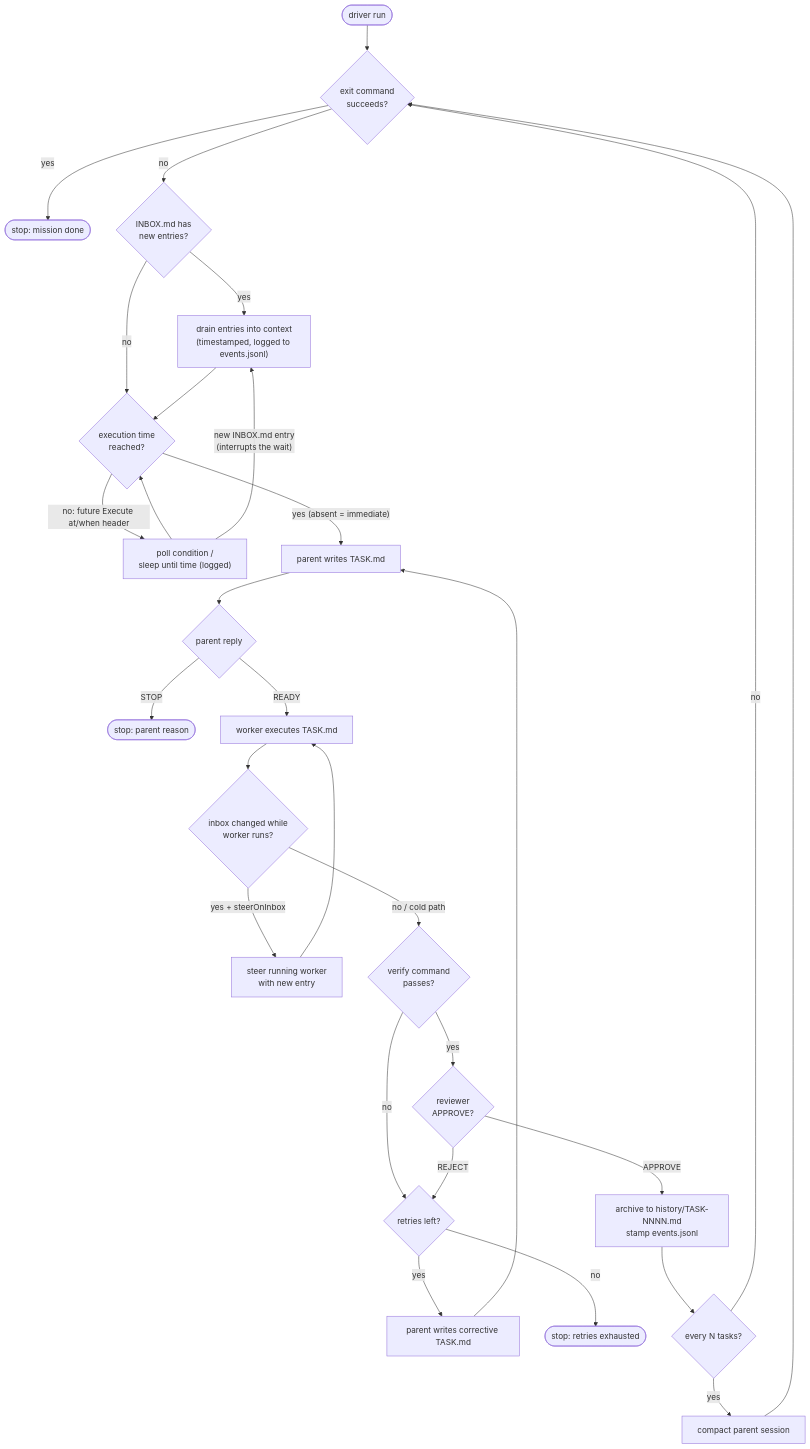
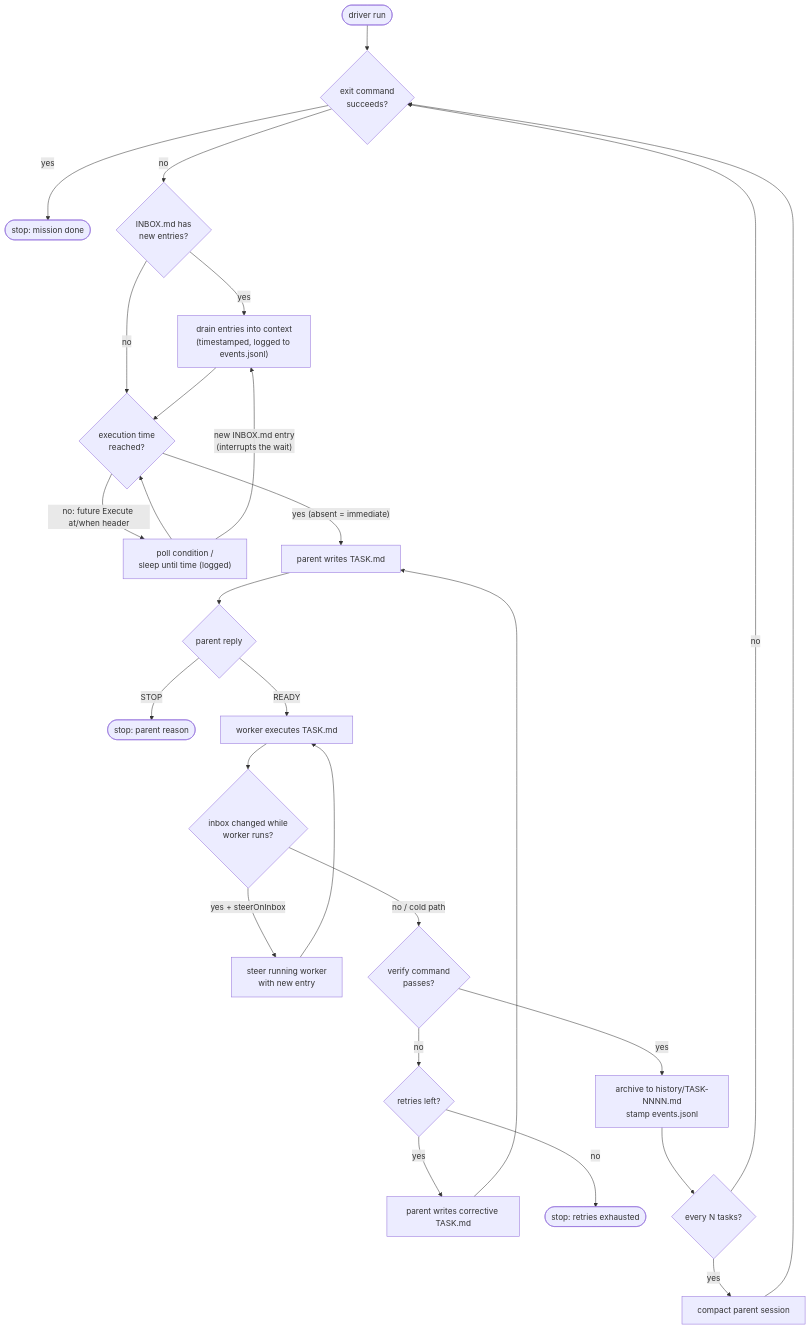
The diagram in README.md (breitlip/plainloop), drawn with Mermaid before and after one commit. The commit also changed other lines of this file and 5 other files, not shown here.

````diff
--- a/README.md
+++ b/README.md
@@ -28,31 +25,29 @@
 ```mermaid
 flowchart TD
     START([driver run]) --> EXIT{exit command<br/>succeeds?}
     EXIT -- yes --> DONE([stop: mission done])
     EXIT -- no --> INBOX{INBOX.md has<br/>new entries?}
     INBOX -- yes --> DRAIN["drain entries into context<br/>(timestamped, logged to events.jsonl)"]
     INBOX -- no --> SCHED
     DRAIN --> SCHED{execution time<br/>reached?}
     SCHED -- "no: future Execute at/when header" --> WAIT["poll condition /<br/>sleep until time (logged)"]
     WAIT --> SCHED
     WAIT -- "new INBOX.md entry<br/>(interrupts the wait)" --> DRAIN
     SCHED -- "yes (absent = immediate)" --> PARENT["parent writes TASK.md"]
     PARENT --> PREPLY{parent reply}
     PREPLY -- "STOP <reason>" --> STOPPED([stop: parent reason])
     PREPLY -- READY --> WORKER["worker executes TASK.md"]
     WORKER --> HOT{inbox changed while<br/>worker runs?}
     HOT -- "yes + steerOnInbox" --> STEER["steer running worker<br/>with new entry"]
     STEER --> WORKER
     HOT -- "no / cold path" --> VERIFY{verify command<br/>passes?}
     VERIFY -- no --> RETRYQ{retries left?}
-    VERIFY -- yes --> REVIEW{reviewer<br/>APPROVE?}
-    REVIEW -- "REJECT <reason>" --> RETRYQ
-    REVIEW -- APPROVE --> ARCHIVE["archive to history/TASK-NNNN.md<br/>stamp events.jsonl"]
+    VERIFY -- yes --> ARCHIVE["archive to history/TASK-NNNN.md<br/>stamp events.jsonl"]
     RETRYQ -- yes --> CORRECT["parent writes corrective TASK.md"]
     CORRECT --> PARENT
     RETRYQ -- no --> FAIL([stop: retries exhausted])
     ARCHIVE --> COMPACT{every N tasks?}
     COMPACT -- yes --> C[compact parent session]
     C --> EXIT
     COMPACT -- no --> EXIT
 ```
````
